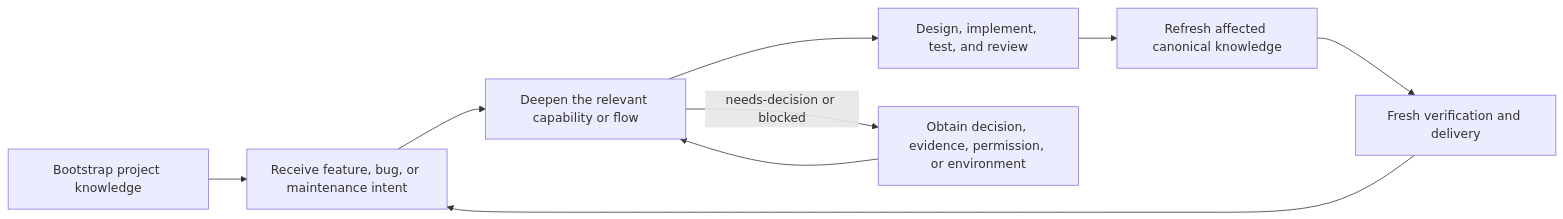
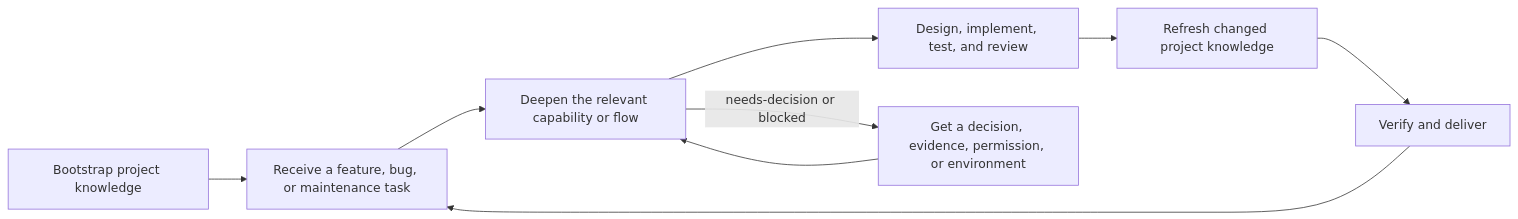
Before and after one commit to sparkg/maintaining-codebase-knowledge-skill: the diagram in README.md, drawn with Mermaid. The commit also changed other lines of this file and 27 other files, not shown here.

Commit message:
feat: strengthen task-ready codebase knowledge

````diff
--- a/README.md
+++ b/README.md
@@ -115,11 +103,11 @@
 ```mermaid
 flowchart LR
-    A[Bootstrap project knowledge] --> B[Receive feature, bug, or maintenance intent]
+    A[Bootstrap project knowledge] --> B[Receive a feature, bug, or maintenance task]
     B --> C[Deepen the relevant capability or flow]
     C --> D[Design, implement, test, and review]
-    D --> E[Refresh affected canonical knowledge]
-    E --> F[Fresh verification and delivery]
+    D --> E[Refresh changed project knowledge]
+    E --> F[Verify and deliver]
     F --> B
-    C -->|needs-decision or blocked| G[Obtain decision, evidence, permission, or environment]
+    C -->|needs-decision or blocked| G[Get a decision, evidence, permission, or environment]
     G --> C
 ```
````
